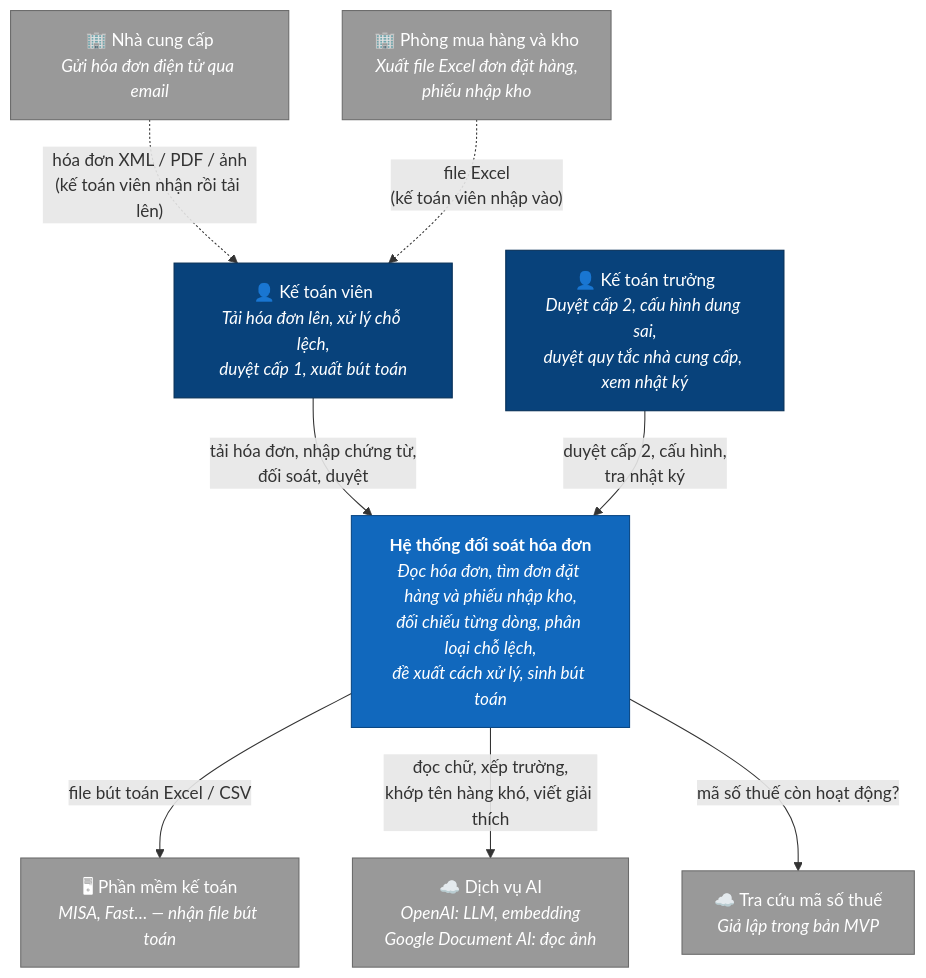
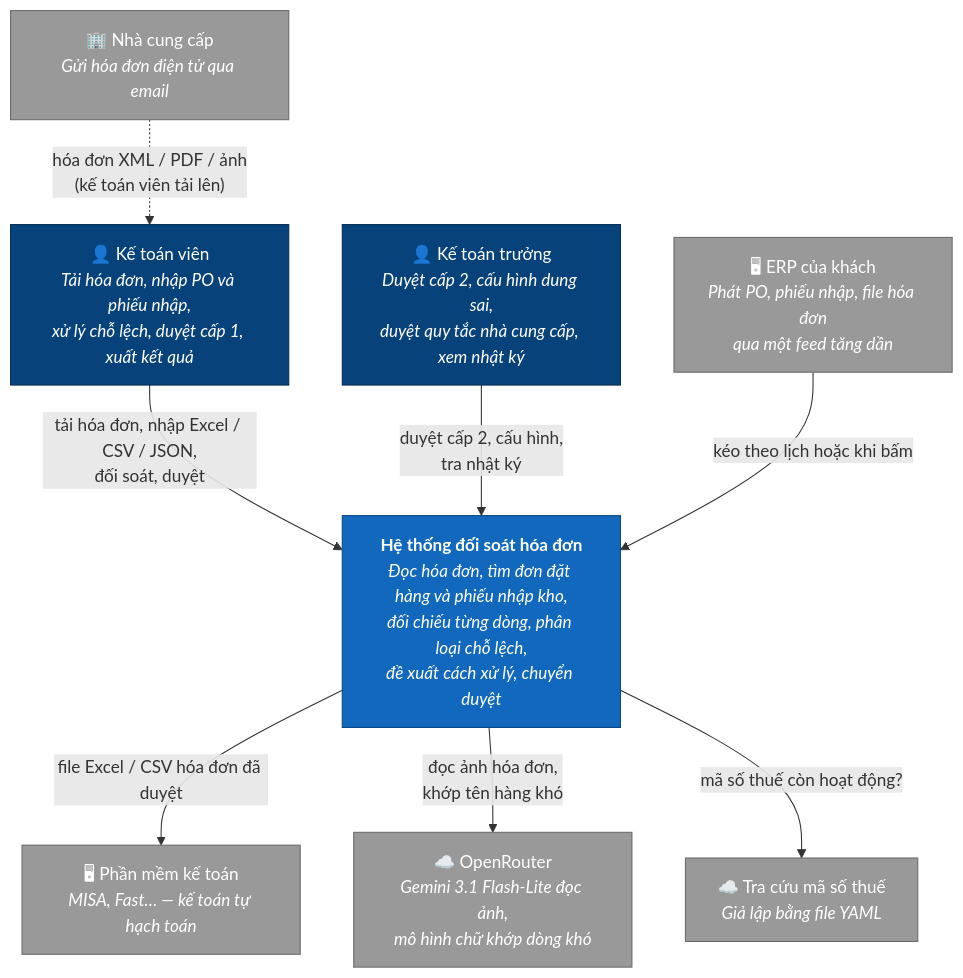
The first of 7 diagrams in docs/C4_DESIGN.md (kamitoznguyen-collab/Fantastic4-BuildPhase), drawn with Mermaid before and after one commit. The commit also changed other lines of this file and 2 other files, not shown here.

````diff
--- a/docs/C4_DESIGN.md
+++ b/docs/C4_DESIGN.md
@@ -28,28 +28,28 @@
 ```mermaid
 flowchart TB
-    ktv["👤 Kế toán viên<br/><i>Tải hóa đơn lên, xử lý chỗ lệch,<br/>duyệt cấp 1, xuất bút toán</i>"]
+    ktv["👤 Kế toán viên<br/><i>Tải hóa đơn, nhập PO và phiếu nhập,<br/>xử lý chỗ lệch, duyệt cấp 1, xuất kết quả</i>"]
     ktt["👤 Kế toán trưởng<br/><i>Duyệt cấp 2, cấu hình dung sai,<br/>duyệt quy tắc nhà cung cấp, xem nhật ký</i>"]
 
-    sys["<b>Hệ thống đối soát hóa đơn</b><br/><i>Đọc hóa đơn, tìm đơn đặt hàng và phiếu nhập kho,<br/>đối chiếu từng dòng, phân loại chỗ lệch,<br/>đề xuất cách xử lý, sinh bút toán</i>"]
+    sys["<b>Hệ thống đối soát hóa đơn</b><br/><i>Đọc hóa đơn, tìm đơn đặt hàng và phiếu nhập kho,<br/>đối chiếu từng dòng, phân loại chỗ lệch,<br/>đề xuất cách xử lý, chuyển duyệt</i>"]
 
     ncc["🏢 Nhà cung cấp<br/><i>Gửi hóa đơn điện tử qua email</i>"]
-    mh["🏢 Phòng mua hàng và kho<br/><i>Xuất file Excel đơn đặt hàng,<br/>phiếu nhập kho</i>"]
-    pmkt["🖥 Phần mềm kế toán<br/><i>MISA, Fast… — nhận file bút toán</i>"]
-    ai["☁️ Dịch vụ AI<br/><i>OpenAI: LLM, embedding<br/>Google Document AI: đọc ảnh</i>"]
-    thue["☁️ Tra cứu mã số thuế<br/><i>Giả lập trong bản MVP</i>"]
+    erp["🖥 ERP của khách<br/><i>Phát PO, phiếu nhập, file hóa đơn<br/>qua một feed tăng dần</i>"]
+    pmkt["🖥 Phần mềm kế toán<br/><i>MISA, Fast… — kế toán tự hạch toán</i>"]
+    ai["☁️ OpenRouter<br/><i>Gemini 3.1 Flash-Lite đọc ảnh,<br/>mô hình chữ khớp dòng khó</i>"]
+    thue["☁️ Tra cứu mã số thuế<br/><i>Giả lập bằng file YAML</i>"]
 
-    ncc -. "hóa đơn XML / PDF / ảnh<br/>(kế toán viên nhận rồi tải lên)" .-> ktv
-    mh -. "file Excel<br/>(kế toán viên nhập vào)" .-> ktv
-    ktv -- "tải hóa đơn, nhập chứng từ,<br/>đối soát, duyệt" --> sys
+    ncc -. "hóa đơn XML / PDF / ảnh<br/>(kế toán viên tải lên)" .-> ktv
+    ktv -- "tải hóa đơn, nhập Excel / CSV / JSON,<br/>đối soát, duyệt" --> sys
     ktt -- "duyệt cấp 2, cấu hình,<br/>tra nhật ký" --> sys
-    sys -- "file bút toán Excel / CSV" --> pmkt
-    sys -- "đọc chữ, xếp trường,<br/>khớp tên hàng khó, viết giải thích" --> ai
+    erp -- "kéo theo lịch hoặc khi bấm" --> sys
+    sys -- "file Excel / CSV hóa đơn đã duyệt" --> pmkt
+    sys -- "đọc ảnh hóa đơn,<br/>khớp tên hàng khó" --> ai
     sys -- "mã số thuế còn hoạt động?" --> thue
 
     classDef person fill:#08427b,color:#fff,stroke:#052e56
     classDef system fill:#1168bd,color:#fff,stroke:#0b4884
     classDef external fill:#999,color:#fff,stroke:#6b6b6b
     class ktv,ktt person
     class sys system
-    class ncc,mh,pmkt,ai,thue external
+    class ncc,erp,pmkt,ai,thue external
 ```
````
